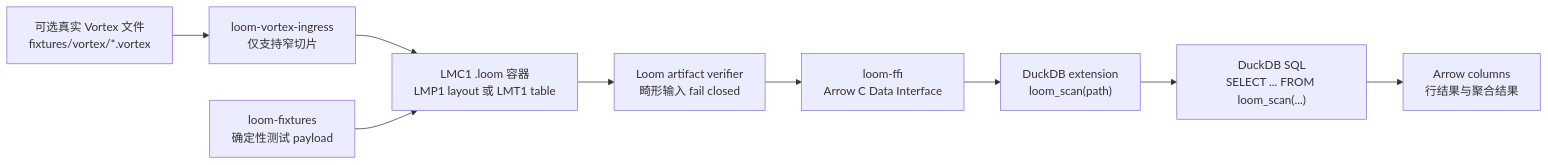
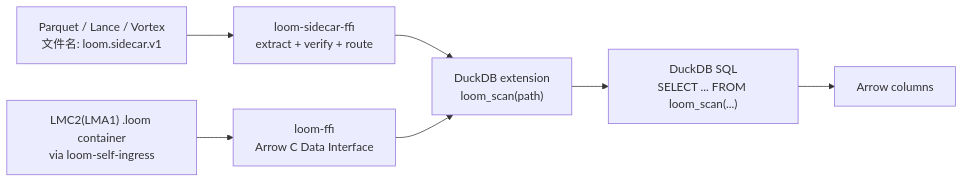
Before and after one commit to xunfeng1980/loom: the diagram in README-zh.md, drawn with Mermaid. The commit also changed other lines of this file and 1 other file, not shown here.

````diff
--- a/README-zh.md
+++ b/README-zh.md
@@ -41,16 +107,13 @@
 ```mermaid
 flowchart LR
-    vortex["可选真实 Vortex 文件<br/>fixtures/vortex/*.vortex"]
-    ingress["loom-vortex-ingress<br/>仅支持窄切片"]
-    fixture["loom-fixtures<br/>确定性测试 payload"]
-    container["LMC1 .loom 容器<br/>LMP1 layout 或 LMT1 table"]
-    verifier["Loom artifact verifier<br/>畸形输入 fail closed"]
+    parquet["Parquet / Lance / Vortex<br/>文件名: loom.sidecar.v1"]
+    sidecar_ffi["loom-sidecar-ffi<br/>extract + verify + route"]
+    container["LMC2(LMA1) .loom container<br/>via loom-self-ingress"]
     ffi["loom-ffi<br/>Arrow C Data Interface"]
     duckext["DuckDB extension<br/>loom_scan(path)"]
     sql["DuckDB SQL<br/>SELECT ... FROM loom_scan(...)"]
-    result["Arrow columns<br/>行结果与聚合结果"]
+    result["Arrow columns"]
 
-    vortex --> ingress --> container
-    fixture --> container
-    container --> verifier --> ffi --> duckext --> sql --> result
+    parquet --> sidecar_ffi --> duckext --> sql --> result
+    container --> ffi --> duckext
 ```
````
